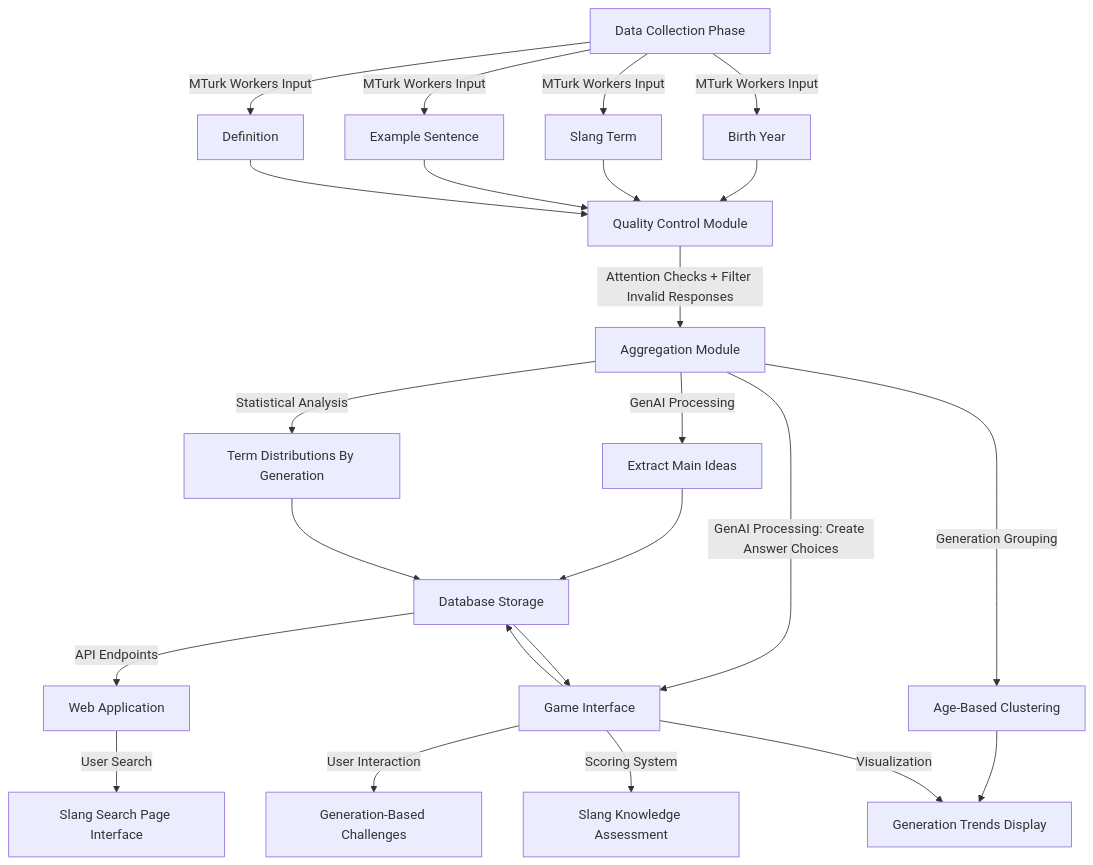
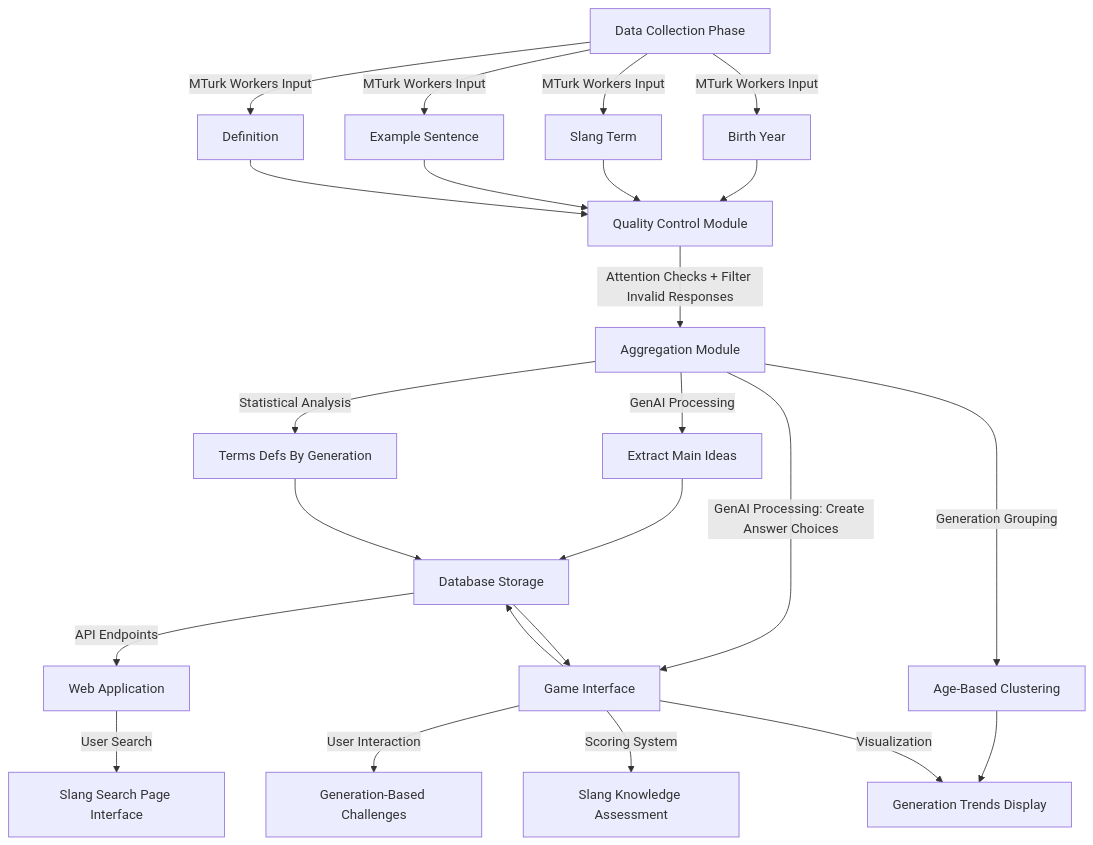
Before and after one commit to qareeb19/nets-2130: the diagram in flowchat2.md, drawn with Mermaid.

````diff
--- a/flowchat2.md
+++ b/flowchat2.md
@@ -1,33 +1,33 @@
 ```mermaid
 flowchart TD
     A[Data Collection Phase] --> |MTurk Workers Input| A1[Birth Year]
     A --> |MTurk Workers Input| A2[Slang Term]
     A --> |MTurk Workers Input| A3[Example Sentence]
     A --> |MTurk Workers Input| A4[Definition]
 
     A1 --> B[Quality Control Module]
     A2 --> B
     A3 --> B
     A4 --> B
 
     B --> |Attention Checks + Filter Invalid Responses| C[Aggregation Module]
 
     C --> |GenAI Processing| C1[Extract Main Ideas]
-    C --> |Statistical Analysis| C2[Term Distributions By Generation]
+    C --> |Statistical Analysis| C2[Terms Defs By Generation]
     C --> |Generation Grouping| C3[Age-Based Clustering]
 
     C1 --> E
     C2 --> E
     C3 --> D3
 
 
     C --> |GenAI Processing: Create Answer Choices| D[Game Interface]
     D --> |User Interaction| D1[Generation-Based Challenges]
     D --> |Scoring System| D2[Slang Knowledge Assessment]
     D --> |Visualization| D3[Generation Trends Display]
 
     D --> E[Database Storage]
     E --> D
     E --> |API Endpoints| F[Web Application]
     F --> |User Search| G[Slang Search Page Interface]
 ```
````
